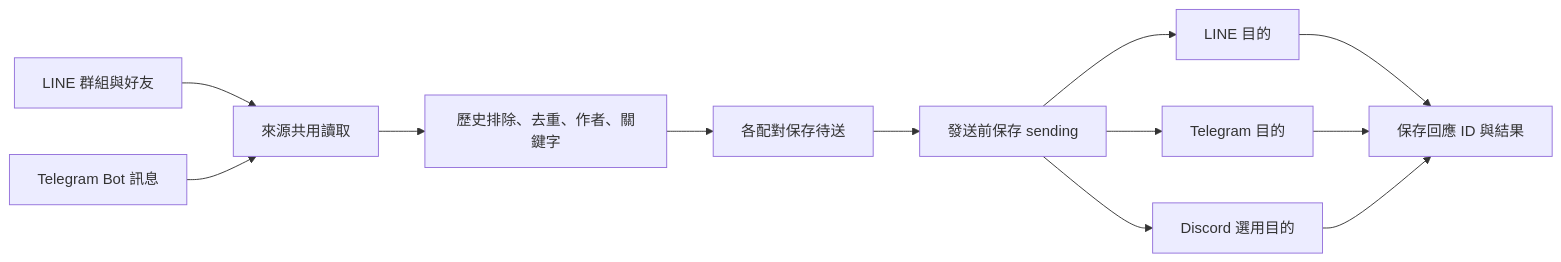
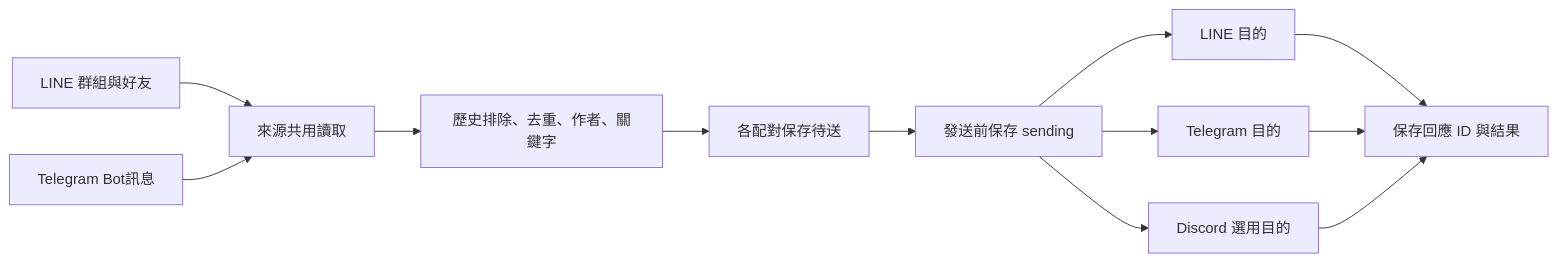
The diagram in README.md (b40609/LinePort), drawn with Mermaid before and after one commit. The commit also changed other lines of this file and 27 other files, not shown here.

````diff
--- a/README.md
+++ b/README.md
@@ -62,14 +60,14 @@
 ```mermaid
 flowchart LR
     L[LINE 群組與好友] --> R[來源共用讀取]
-    T[Telegram Bot 訊息] --> R
+    T[Telegram Bot訊息] --> R
     R --> F[歷史排除、去重、作者、關鍵字]
     F --> Q[各配對保存待送]
     Q --> J[發送前保存 sending]
     J --> DL[LINE 目的]
     J --> DT[Telegram 目的]
     J --> DD[Discord 選用目的]
     DL --> S[保存回應 ID 與結果]
     DT --> S
     DD --> S
 ```
````
